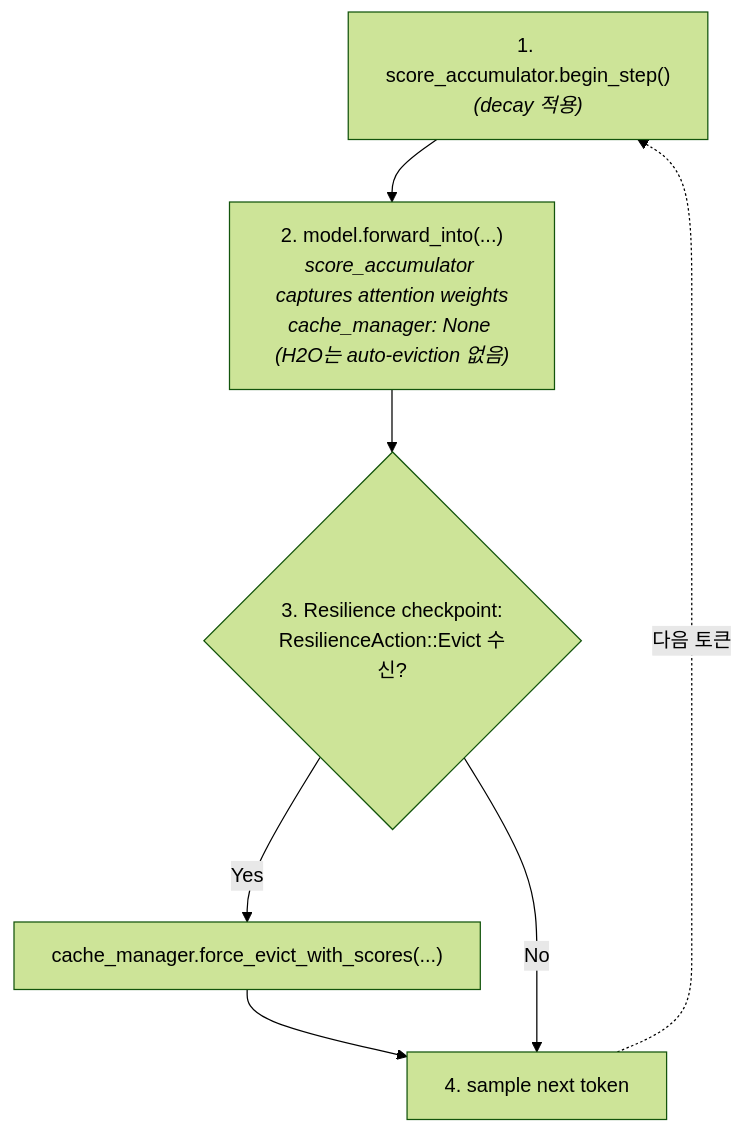
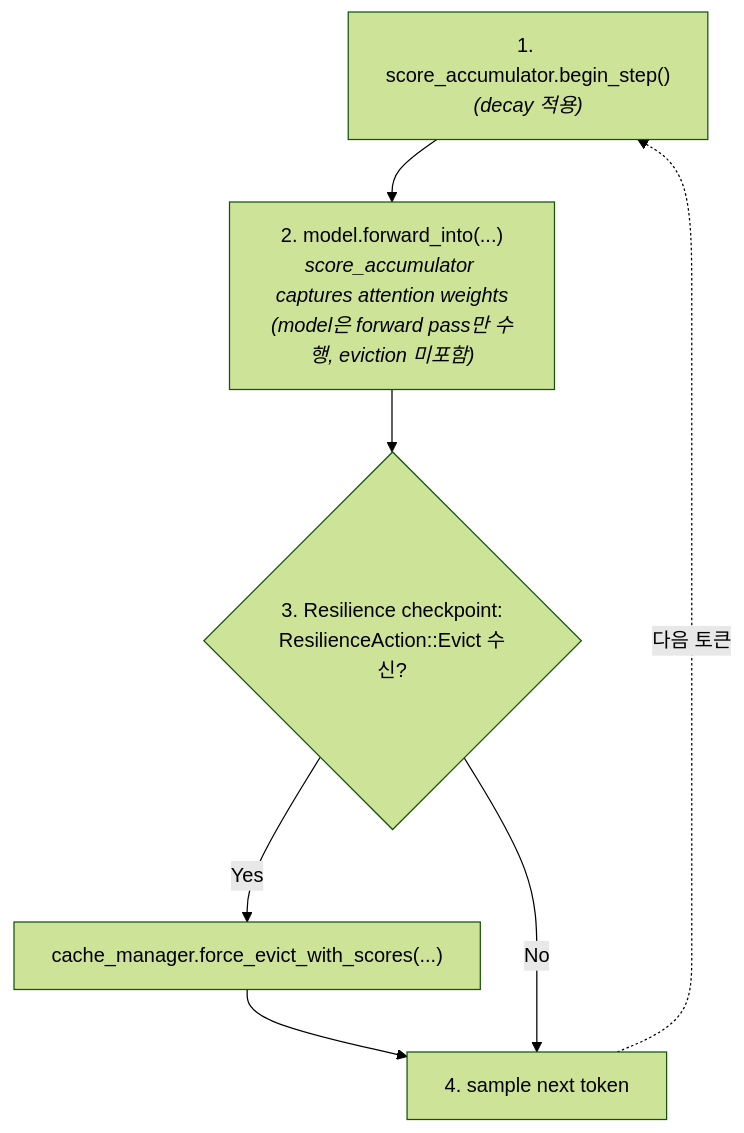
The second of 3 diagrams in docs/11_kv_cache_management.md (hedone21/llm_rs2), drawn with Mermaid (forest theme) before and after one commit. The commit also changed other lines of this file and 5 other files, not shown here.

First line of the commit message:
docs: sync documentation with refactored cache/model architecture

````diff
--- a/docs/11_kv_cache_management.md
+++ b/docs/11_kv_cache_management.md
@@ -296,13 +316,13 @@
 ```mermaid
 flowchart TD
     A["1. score_accumulator.begin_step()<br/><i>(decay 적용)</i>"]
-    B["2. model.forward_into(...)<br/><i>score_accumulator captures attention weights</i><br/><i>cache_manager: None (H2O는 auto-eviction 없음)</i>"]
+    B["2. model.forward_into(...)<br/><i>score_accumulator captures attention weights</i><br/><i>(model은 forward pass만 수행, eviction 미포함)</i>"]
     C{"3. Resilience checkpoint:<br/>ResilienceAction::Evict 수신?"}
     D["cache_manager.force_evict_with_scores(...)"]
     E["4. sample next token"]
 
     A --> B --> C
     C -- Yes --> D --> E
     C -- No --> E
     E -.->|"다음 토큰"| A
 ```
````
